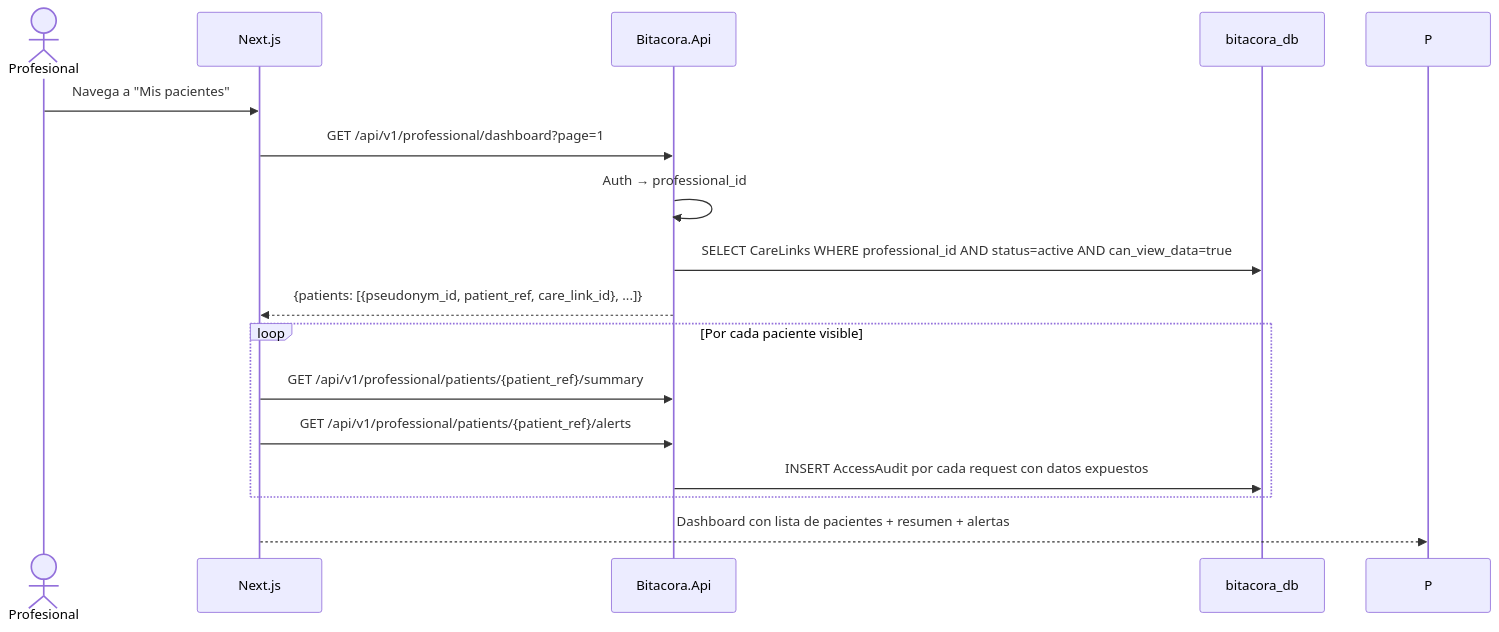
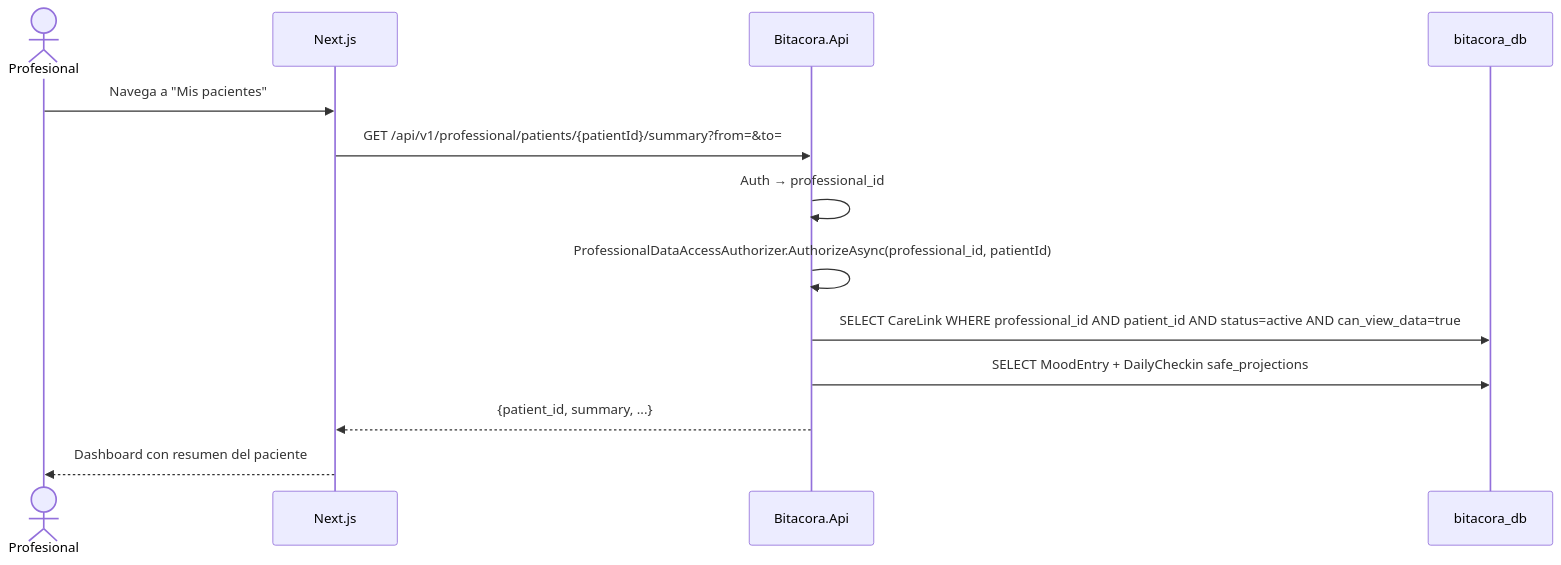
The diagram in .docs/wiki/03_FL/FL-VIS-02.md (fgpaz/bitacora), drawn with Mermaid before and after one commit. The commit also changed other lines of this file and 213 other files, not shown here.

````diff
--- a/.docs/wiki/03_FL/FL-VIS-02.md
+++ b/.docs/wiki/03_FL/FL-VIS-02.md
@@ -29,19 +30,16 @@
 ```mermaid
 sequenceDiagram
     actor PRO as Profesional
     participant WEB as Next.js
     participant API as Bitacora.Api
     participant DB as bitacora_db
 
     PRO->>WEB: Navega a "Mis pacientes"
-    WEB->>API: GET /api/v1/professional/dashboard?page=1
+    WEB->>API: GET /api/v1/professional/patients/{patientId}/summary?from=&to=
     API->>API: Auth → professional_id
-    API->>DB: SELECT CareLinks WHERE professional_id AND status=active AND can_view_data=true
-    API-->>WEB: {patients: [{pseudonym_id, patient_ref, care_link_id}, ...]}
-    loop Por cada paciente visible
-        WEB->>API: GET /api/v1/professional/patients/{patient_ref}/summary
-        WEB->>API: GET /api/v1/professional/patients/{patient_ref}/alerts
-        API->>DB: INSERT AccessAudit por cada request con datos expuestos
-    end
-    WEB-->>P: Dashboard con lista de pacientes + resumen + alertas
+    API->>API: ProfessionalDataAccessAuthorizer.AuthorizeAsync(professional_id, patientId)
+    API->>DB: SELECT CareLink WHERE professional_id AND patient_id AND status=active AND can_view_data=true
+    API->>DB: SELECT MoodEntry + DailyCheckin safe_projections
+    API-->>WEB: {patient_id, summary, ...}
+    WEB-->>PRO: Dashboard con resumen del paciente
 ```
````
